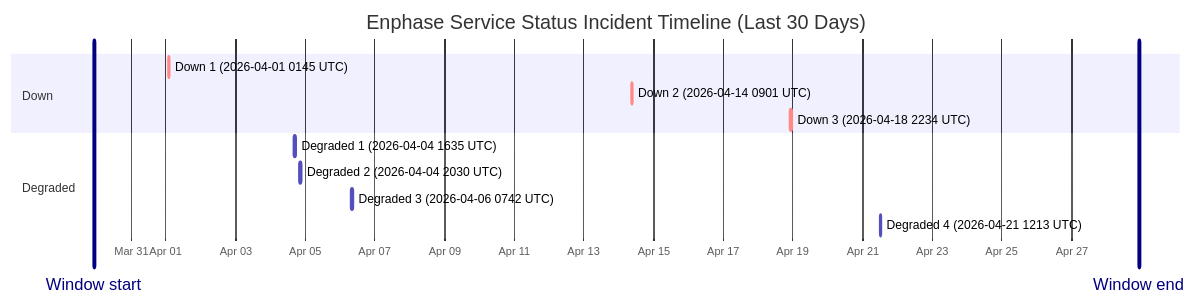
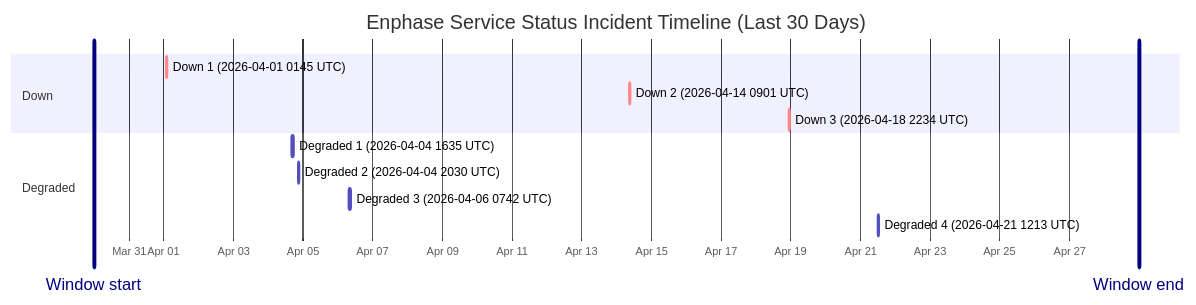
The diagram in wiki/Service-Status-History.md (barneyonline/ha-enphase-ev-charger), drawn with Mermaid before and after one commit. The commit also changed other lines of this file and 3 other files, not shown here.

````diff
--- a/wiki/Service-Status-History.md
+++ b/wiki/Service-Status-History.md
@@ -14,17 +14,17 @@
 ```mermaid
 gantt
     title Enphase Service Status Incident Timeline (Last 30 Days)
     dateFormat  YYYY-MM-DDTHH:mm:ss
     axisFormat  %b %d
-    Window start :vert, window-start, 2026-03-29T22:30:50, 0ms
-    Window end :vert, window-end, 2026-04-28T22:30:50, 0ms
+    Window start :vert, window-start, 2026-03-29T23:54:40, 0ms
+    Window end :vert, window-end, 2026-04-28T23:54:40, 0ms
     section Down
     Down 1 (2026-04-01 0145 UTC) :crit, down-1, 2026-04-01T01:45:09, 60m
     Down 2 (2026-04-14 0901 UTC) :crit, down-2, 2026-04-14T09:01:13, 60m
     Down 3 (2026-04-18 2234 UTC) :crit, down-3, 2026-04-18T22:34:13, 60m
     section Degraded
     Degraded 1 (2026-04-04 1635 UTC) :active, degraded-1, 2026-04-04T16:35:17, 60m
     Degraded 2 (2026-04-04 2030 UTC) :active, degraded-2, 2026-04-04T20:30:40, 60m
     Degraded 3 (2026-04-06 0742 UTC) :active, degraded-3, 2026-04-06T07:42:09, 85m
     Degraded 4 (2026-04-21 1213 UTC) :active, degraded-4, 2026-04-21T12:13:11, 60m
 ```
````
